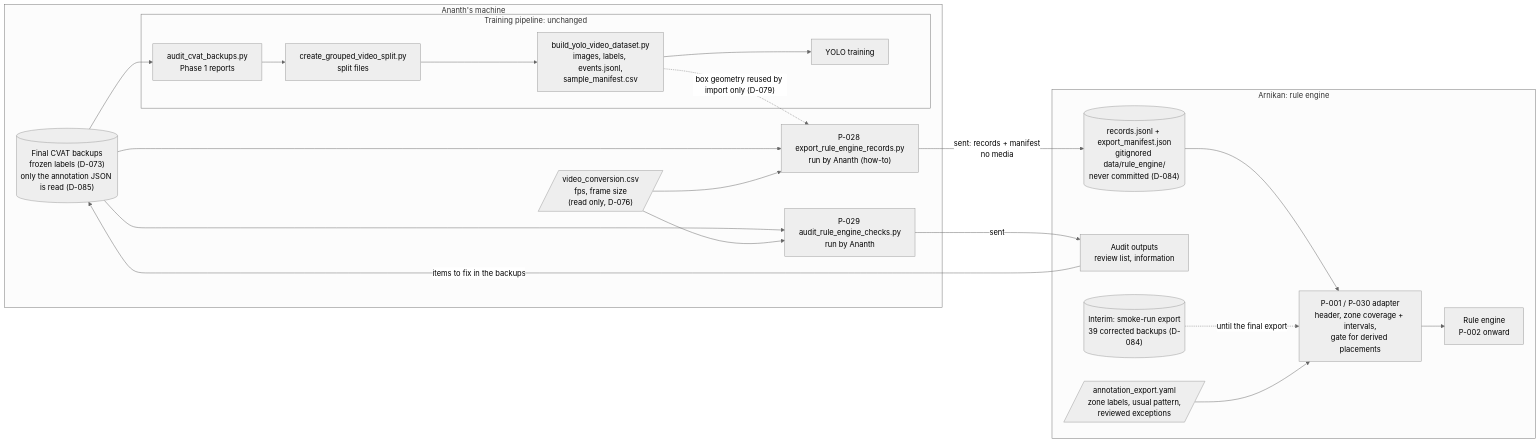
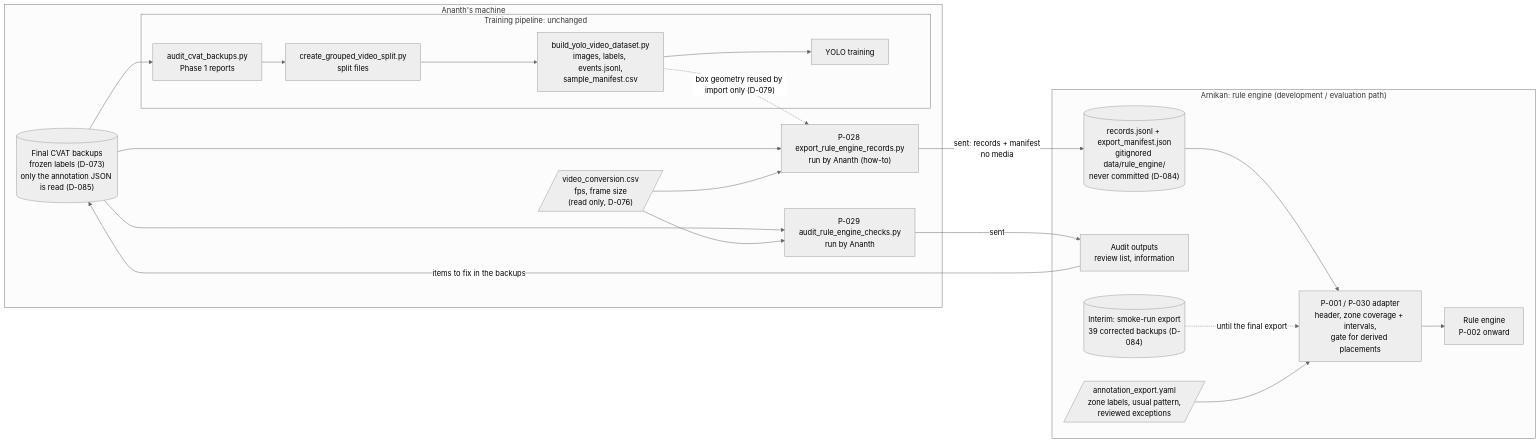
One commit to ananthu65/defibrillator_research changed the ninth of 16 diagrams in docs/rule_engine/diagrams.md. Above: the diagram before and after it, drawn with Mermaid (neutral theme). The commit also changed other lines of this file and 24 other files, not shown here.

````diff
--- a/docs/rule_engine/diagrams.md
+++ b/docs/rule_engine/diagrams.md
@@ -189,36 +185,36 @@
 ```mermaid
 flowchart LR
     subgraph ananth["Ananth's machine"]
         CVAT[("Final CVAT backups<br/>frozen labels (D-073)<br/>only the annotation JSON is read (D-085)")]
         CONV[/"video_conversion.csv<br/>fps, frame size<br/>(read only, D-076)"/]
         subgraph training["Training pipeline: unchanged"]
             AUD1["audit_cvat_backups.py<br/>Phase 1 reports"]
             SPLIT["create_grouped_video_split.py<br/>split files"]
             BUILD["build_yolo_video_dataset.py<br/>images, labels, events.jsonl,<br/>sample_manifest.csv"]
             TRAIN["YOLO training"]
             AUD1 --> SPLIT --> BUILD --> TRAIN
         end
         EXP["P-028 export_rule_engine_records.py<br/>run by Ananth (how-to)"]
         AUD2["P-029 audit_rule_engine_checks.py<br/>run by Ananth"]
         CVAT --> AUD1
         CVAT --> EXP
         CVAT --> AUD2
         CONV --> EXP
         CONV --> AUD2
         BUILD -. "box geometry reused by import only (D-079)" .-> EXP
     end
-    subgraph arnikan["Arnikan: rule engine"]
+    subgraph arnikan["Arnikan: rule engine (development / evaluation path)"]
         REC[("records.jsonl + export_manifest.json<br/>gitignored data/rule_engine/<br/>never committed (D-084)")]
         REP["Audit outputs<br/>review list, information"]
         SMOKE[("Interim: smoke-run export<br/>39 corrected backups (D-084)")]
         CFG[/"annotation_export.yaml<br/>zone labels, usual pattern,<br/>reviewed exceptions"/]
         ADP["P-001 / P-030 adapter<br/>header, zone coverage + intervals,<br/>gate for derived placements"]
         ENG["Rule engine<br/>P-002 onward"]
         REC --> ADP --> ENG
         SMOKE -.->|until the final export| ADP
         CFG --> ADP
     end
     EXP -->|"sent: records + manifest<br/>no media"| REC
     AUD2 -->|sent| REP
     REP -->|items to fix in the backups| CVAT
 ```
````
